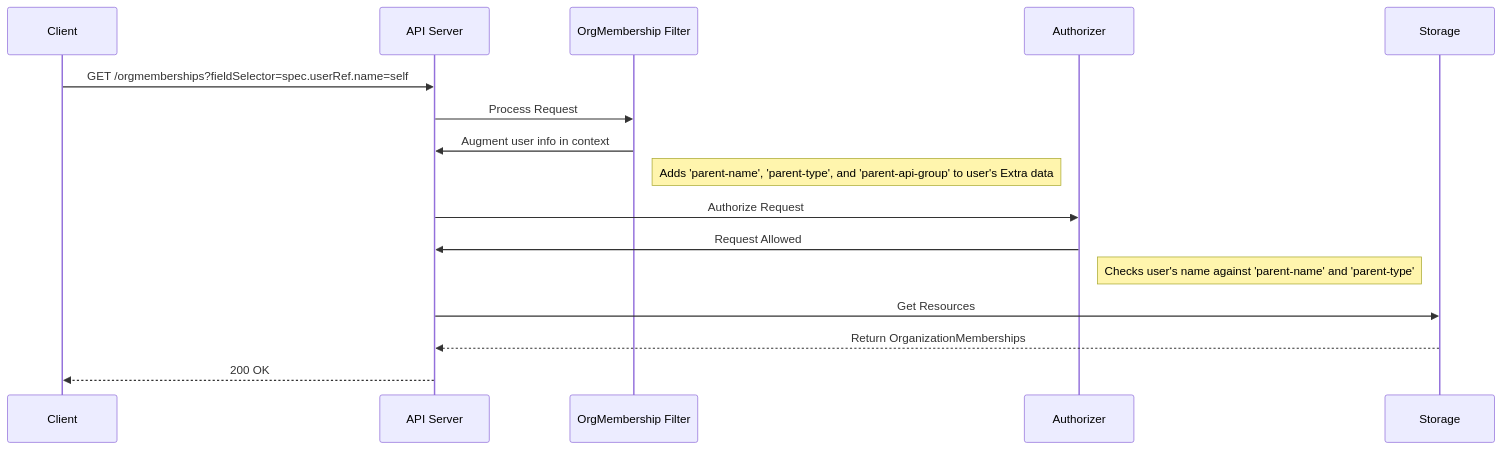
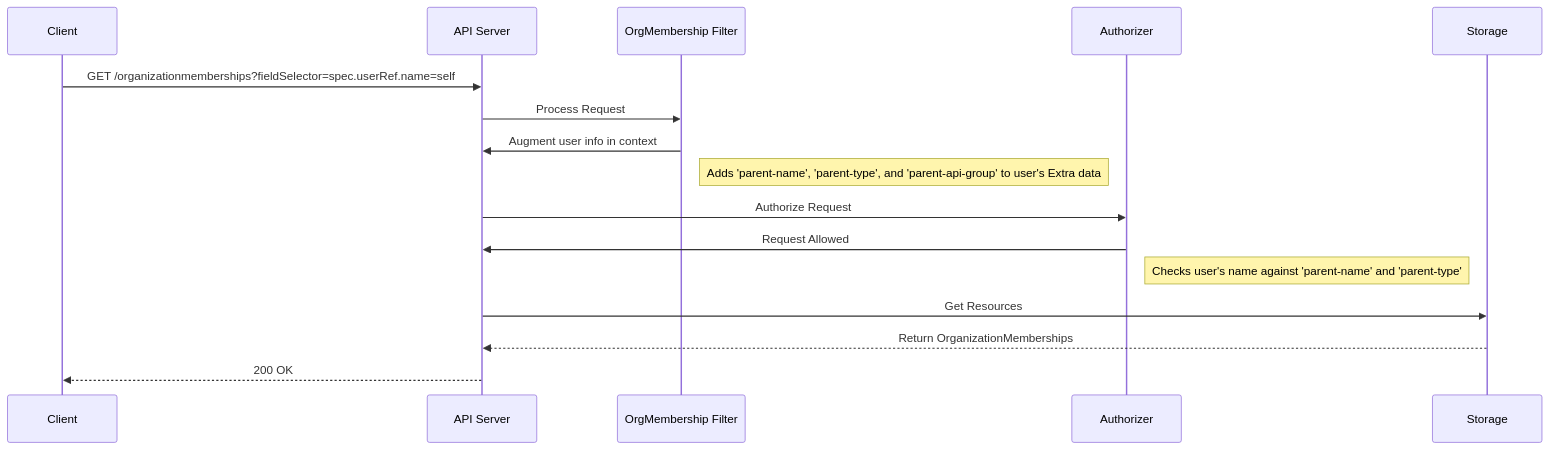
Before and after one commit to datum-cloud/milo: the diagram in docs/enhancements/iam/organization-memberships.md, drawn with Mermaid. The commit also changed other lines of this file, not shown here.

````diff
--- a/docs/enhancements/iam/organization-memberships.md
+++ b/docs/enhancements/iam/organization-memberships.md
@@ -114,19 +145,19 @@
 ```mermaid
 sequenceDiagram
     participant Client
     participant API Server
     participant OrgMembership Filter
     participant Authorizer
     participant Storage
 
-    Client->>API Server: GET /orgmemberships?fieldSelector=spec.userRef.name=self
+    Client->>API Server: GET /organizationmemberships?fieldSelector=spec.userRef.name=self
     API Server->>OrgMembership Filter: Process Request
     OrgMembership Filter->>API Server: Augment user info in context
     Note right of OrgMembership Filter: Adds 'parent-name', 'parent-type', and 'parent-api-group' to user's Extra data
     API Server->>Authorizer: Authorize Request
     Authorizer->>API Server: Request Allowed
     Note right of Authorizer: Checks user's name against 'parent-name' and 'parent-type'
     API Server->>Storage: Get Resources
     Storage-->>API Server: Return OrganizationMemberships
     API Server-->>Client: 200 OK
 ```
````
